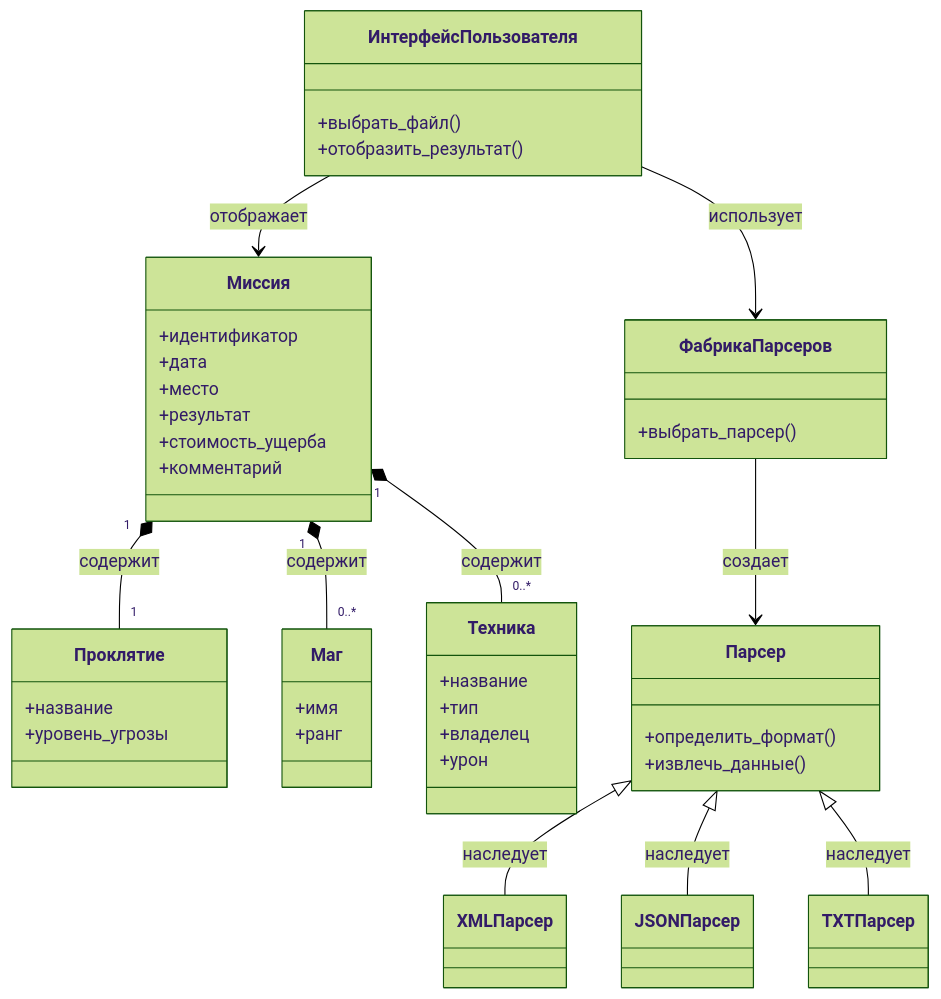
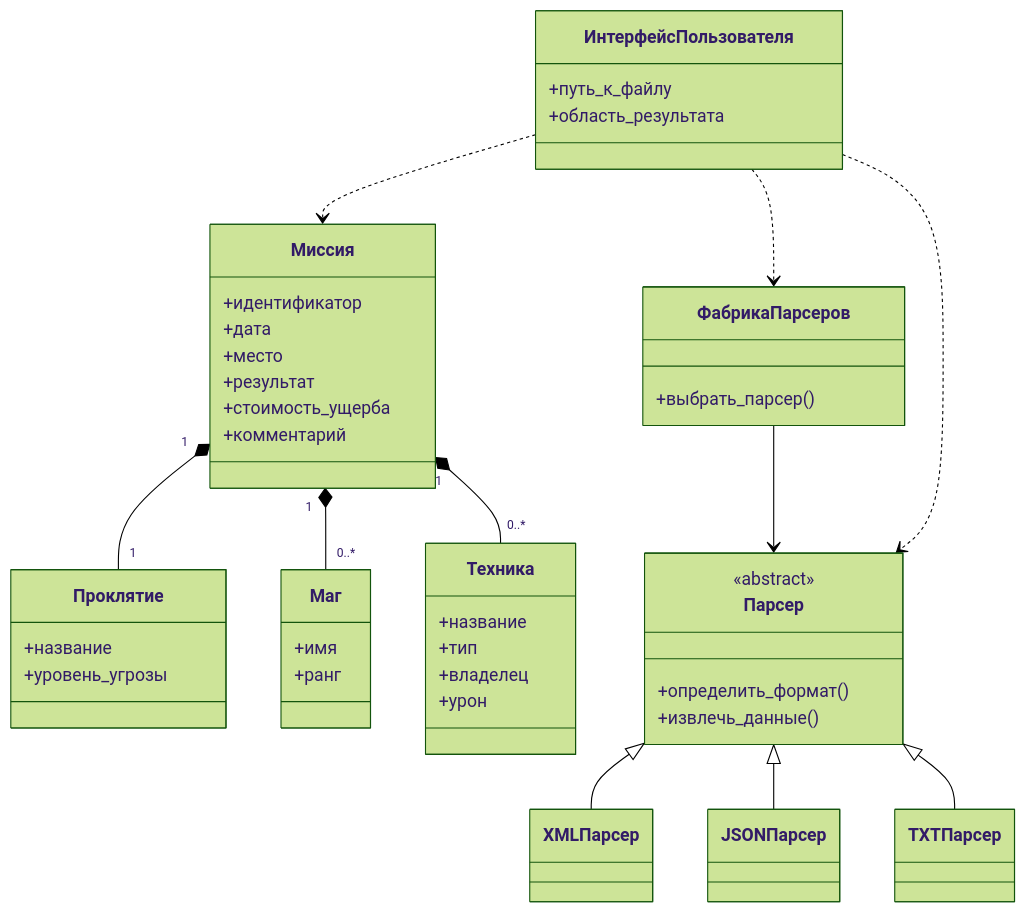
The diagram in untitled/conceptual.mermaid (muxin05-cyber/Laboratornaya_1_complete_version), drawn with Mermaid (forest theme) before and after one commit. The commit also changed 2 other files, not shown here.

Commit message:
Исправлены типы связей у диаграмм классов

```diff
--- a/untitled/conceptual.mermaid
+++ b/untitled/conceptual.mermaid
@@ -1,55 +1,61 @@
 classDiagram
-
-
     class Миссия {
         +идентификатор
         +дата
         +место
         +результат
         +стоимость_ущерба
         +комментарий
     }
 
     class Проклятие {
         +название
         +уровень_угрозы
     }
 
     class Маг {
         +имя
         +ранг
     }
 
     class Техника {
         +название
         +тип
         +владелец
         +урон
     }
 
     class Парсер {
+        <<abstract>>
         +определить_формат()
         +извлечь_данные()
     }
+
+    class XMLПарсер
+
+    class JSONПарсер
+
+    class TXTПарсер
 
     class ФабрикаПарсеров {
         +выбрать_парсер()
     }
 
     class ИнтерфейсПользователя {
-        +выбрать_файл()
-        +отобразить_результат()
+        +путь_к_файлу
+        +область_результата
     }
 
-%% Отношения между классами
-    Миссия "1" *-- "1" Проклятие : содержит
-    Миссия "1" *-- "0..*" Маг : содержит
-    Миссия "1" *-- "0..*" Техника : содержит
+    Миссия "1" *-- "1" Проклятие
+    Миссия "1" *-- "0..*" Маг
+    Миссия "1" *-- "0..*" Техника
 
-    Парсер <|-- XMLПарсер : наследует
-    Парсер <|-- JSONПарсер : наследует
-    Парсер <|-- TXTПарсер : наследует
+    Парсер <|-- XMLПарсер
+    Парсер <|-- JSONПарсер
+    Парсер <|-- TXTПарсер
 
-    ФабрикаПарсеров --> Парсер : создает
-    ИнтерфейсПользователя --> ФабрикаПарсеров : использует
-    ИнтерфейсПользователя --> Миссия : отображает
+    ФабрикаПарсеров --> Парсер
+
+    ИнтерфейсПользователя ..> ФабрикаПарсеров
+    ИнтерфейсПользователя ..> Миссия
+    ИнтерфейсПользователя ..> Парсер
```
